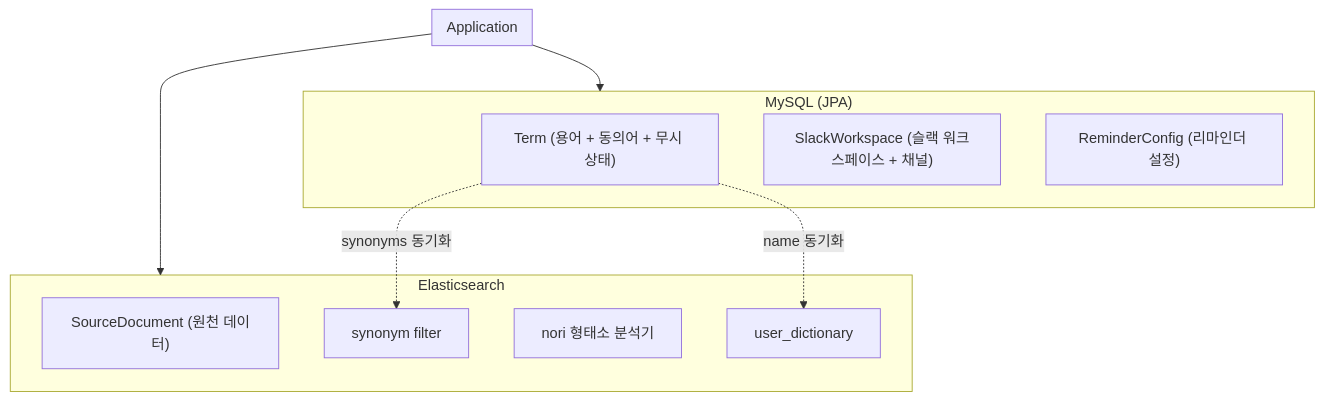
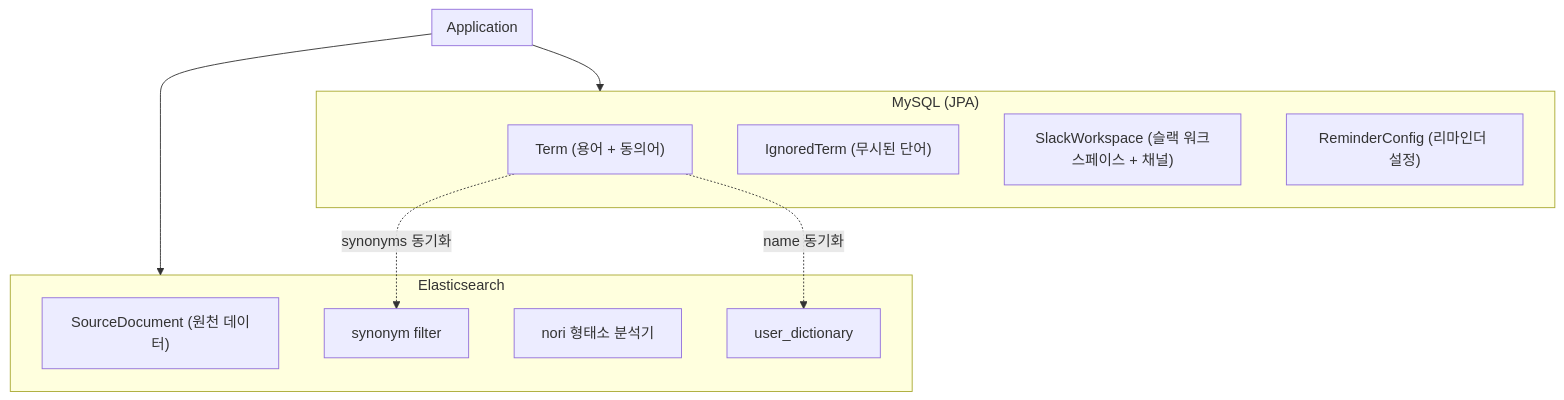
Before and after one commit to mkroo/termbase: the first of 5 diagrams in docs/ARCHITECTURE.md, drawn with Mermaid. The commit also changed other lines of this file and 1 other file, not shown here.

First line of the commit message:
docs: IgnoredTerm 독립 엔티티로 아키텍처 변경

````diff
--- a/docs/ARCHITECTURE.md
+++ b/docs/ARCHITECTURE.md
@@ -7,24 +7,25 @@
 ```mermaid
 flowchart TB
     subgraph App[Application]
         direction LR
     end
 
     subgraph MySQL["MySQL (JPA)"]
-        Term["Term (용어 + 동의어 + 무시 상태)"]
+        Term["Term (용어 + 동의어)"]
+        IgnoredTerm["IgnoredTerm (무시된 단어)"]
         SlackWorkspace["SlackWorkspace (슬랙 워크스페이스 + 채널)"]
         ReminderConfig["ReminderConfig (리마인더 설정)"]
     end
 
     subgraph ES["Elasticsearch"]
         SourceDocument["SourceDocument (원천 데이터)"]
         SynonymFilter["synonym filter"]
         NoriAnalyzer["nori 형태소 분석기"]
         UserDict["user_dictionary"]
     end
 
     App --> MySQL
     App --> ES
     Term -.->|name 동기화| UserDict
     Term -.->|synonyms 동기화| SynonymFilter
-```
+``` 
````
